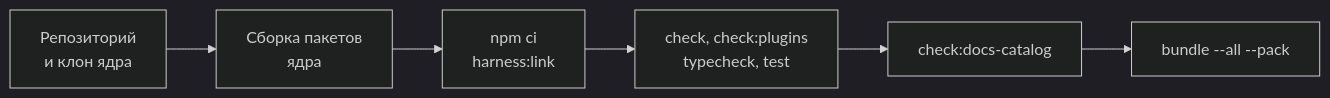
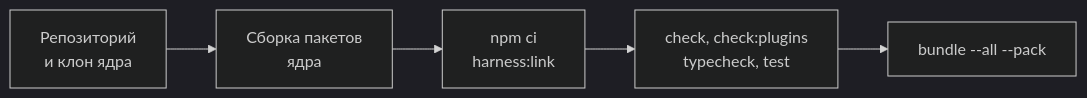
The diagram in docs/guide/development/ci.md (dex-it/cyborg-plugins), drawn with Mermaid (dark theme) before and after one commit. The commit also changed 28 other files, not shown here.

````diff
--- a/docs/guide/development/ci.md
+++ b/docs/guide/development/ci.md
@@ -17,10 +17,9 @@
 ```mermaid
 flowchart LR
   accTitle: Шаги CI
   accDescr: Забрать репозиторий и ядро, собрать пакеты ядра, поставить зависимости, прогнать проверки и собрать бандлы.
   A["Репозиторий<br/>и клон ядра"] --> B["Сборка пакетов<br/>ядра"]
   B --> C["npm ci<br/>harness:link"]
   C --> D["check, check:plugins<br/>typecheck, test"]
-  D --> E["check:docs-catalog"]
-  E --> F["bundle --all --pack"]
+  D --> F["bundle --all --pack"]
 ```
````
